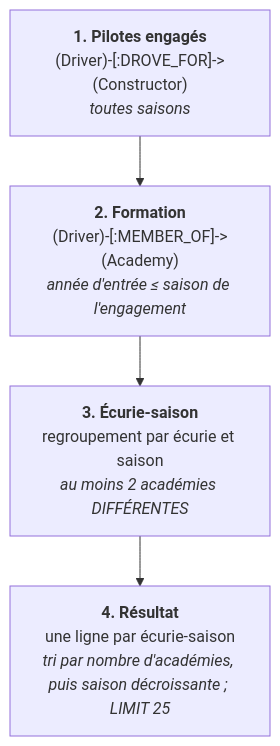
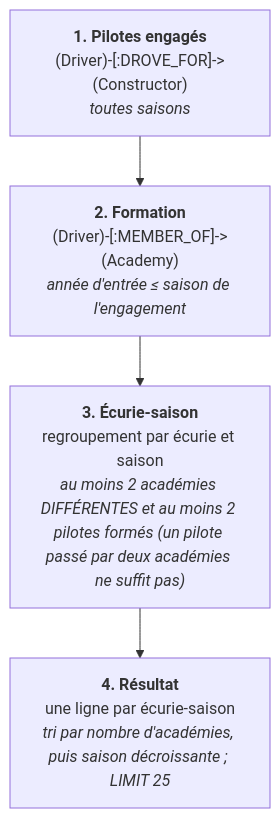
Diagram 11 of 14 in docs/explication-requetes.md (lanfr144/f1-graph), drawn with Mermaid before and after one commit. The commit also changed other lines of this file and 5 other files, not shown here.

````diff
--- a/docs/explication-requetes.md
+++ b/docs/explication-requetes.md
@@ -266,10 +365,10 @@
 ```mermaid
 flowchart TD
   E1["<b>1. Pilotes engagés</b><br/>(Driver)-[:DROVE_FOR]-#gt;(Constructor)<br/><i>toutes saisons</i>"]
   E2["<b>2. Formation</b><br/>(Driver)-[:MEMBER_OF]-#gt;(Academy)<br/><i>année d'entrée ≤ saison de l'engagement</i>"]
   E1 --> E2
-  E3["<b>3. Écurie-saison</b><br/>regroupement par écurie et saison<br/><i>au moins 2 académies DIFFÉRENTES</i>"]
+  E3["<b>3. Écurie-saison</b><br/>regroupement par écurie et saison<br/><i>au moins 2 académies DIFFÉRENTES et au moins 2 pilotes formés (un pilote passé par deux académies ne suffit pas)</i>"]
   E2 --> E3
   E4["<b>4. Résultat</b><br/>une ligne par écurie-saison<br/><i>tri par nombre d'académies, puis saison décroissante ; LIMIT 25</i>"]
   E3 --> E4
 ```
````
